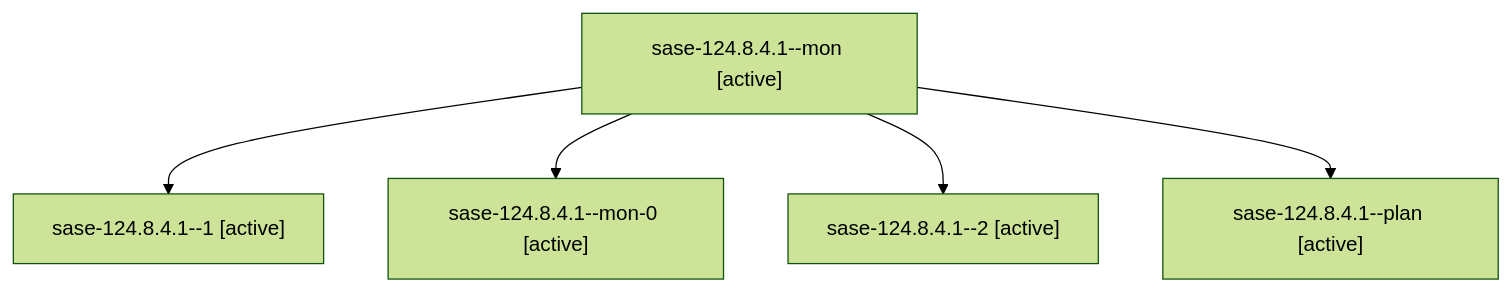
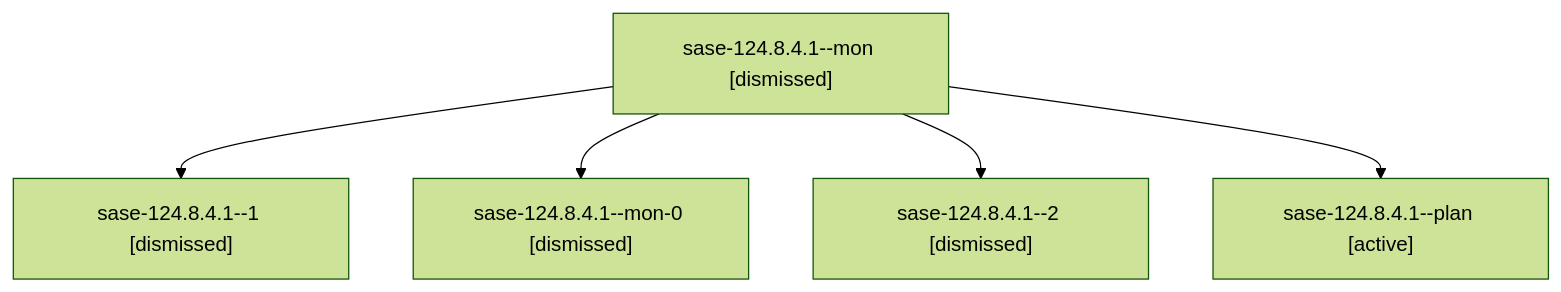
The diagram in sessions/bbugyi200.athena.sase-124.8.4.1.md (sase-org/sase--agents), drawn with Mermaid (forest theme) before and after one commit. The commit also changed other lines of this file and 306 other files, not shown here.

````diff
--- a/sessions/bbugyi200.athena.sase-124.8.4.1.md
+++ b/sessions/bbugyi200.athena.sase-124.8.4.1.md
@@ -9,12 +9,12 @@
 ```mermaid
 flowchart TD
-  n0["sase-124.8.4.1--mon [active]"]
-  n1["sase-124.8.4.1--1 [active]"]
+  n0["sase-124.8.4.1--mon [dismissed]"]
+  n1["sase-124.8.4.1--1 [dismissed]"]
   n0 --> n1
-  n2["sase-124.8.4.1--mon-0 [active]"]
+  n2["sase-124.8.4.1--mon-0 [dismissed]"]
   n0 --> n2
-  n3["sase-124.8.4.1--2 [active]"]
+  n3["sase-124.8.4.1--2 [dismissed]"]
   n0 --> n3
   n4["sase-124.8.4.1--plan [active]"]
   n0 --> n4
 ```
````
